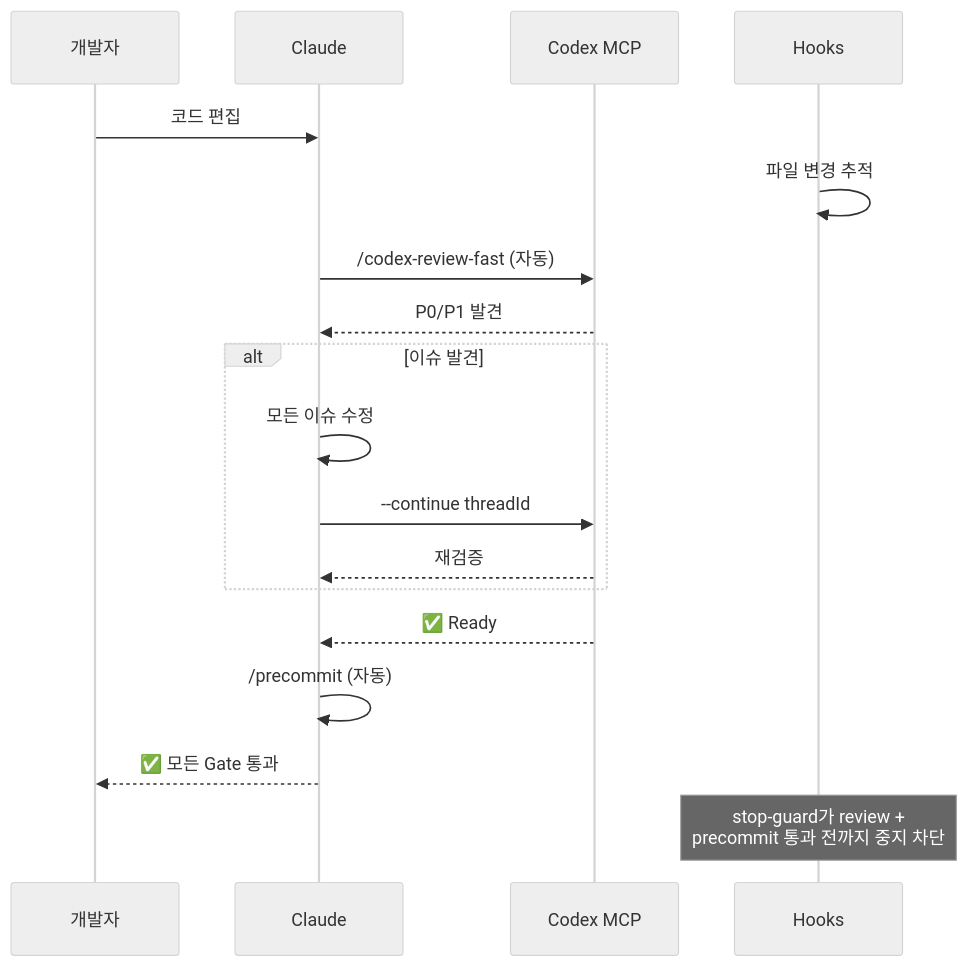
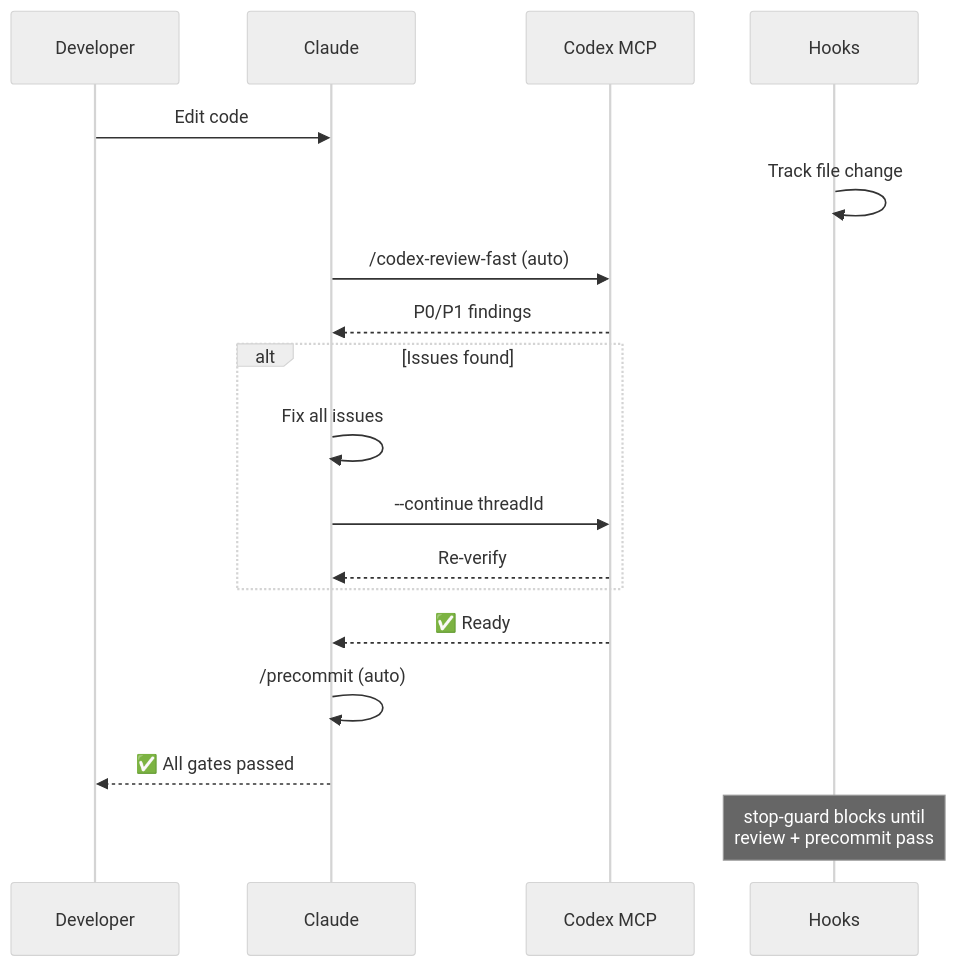
One commit to jupiter-Pulin/Uranus-dev-flow changed the second of 3 diagrams in README.ko.md. Above: the diagram before and after it, drawn with Mermaid (neutral theme). The commit also changed other lines of this file and 29 other files, not shown here.

````diff
--- a/README.ko.md
+++ b/README.ko.md
@@ -71,24 +27,24 @@
 ```mermaid
 sequenceDiagram
-    participant D as 개발자
+    participant D as Developer
     participant C as Claude
     participant X as Codex MCP
     participant H as Hooks
 
-    D->>C: 코드 편집
-    H->>H: 파일 변경 추적
-    C->>X: /codex-review-fast (자동)
-    X-->>C: P0/P1 발견
+    D->>C: Edit code
+    H->>H: Track file change
+    C->>X: /codex-review-fast (auto)
+    X-->>C: P0/P1 findings
 
-    alt 이슈 발견
-        C->>C: 모든 이슈 수정
+    alt Issues found
+        C->>C: Fix all issues
         C->>X: --continue threadId
-        X-->>C: 재검증
+        X-->>C: Re-verify
     end
 
     X-->>C: ✅ Ready
-    C->>C: /precommit (자동)
-    C-->>D: ✅ 모든 Gate 통과
+    C->>C: /precommit (auto)
+    C-->>D: ✅ All gates passed
 
-    Note over H: stop-guard가 review +<br/>precommit 통과 전까지 중지 차단
+    Note over H: stop-guard blocks until<br/>review + precommit pass
 ```
````
